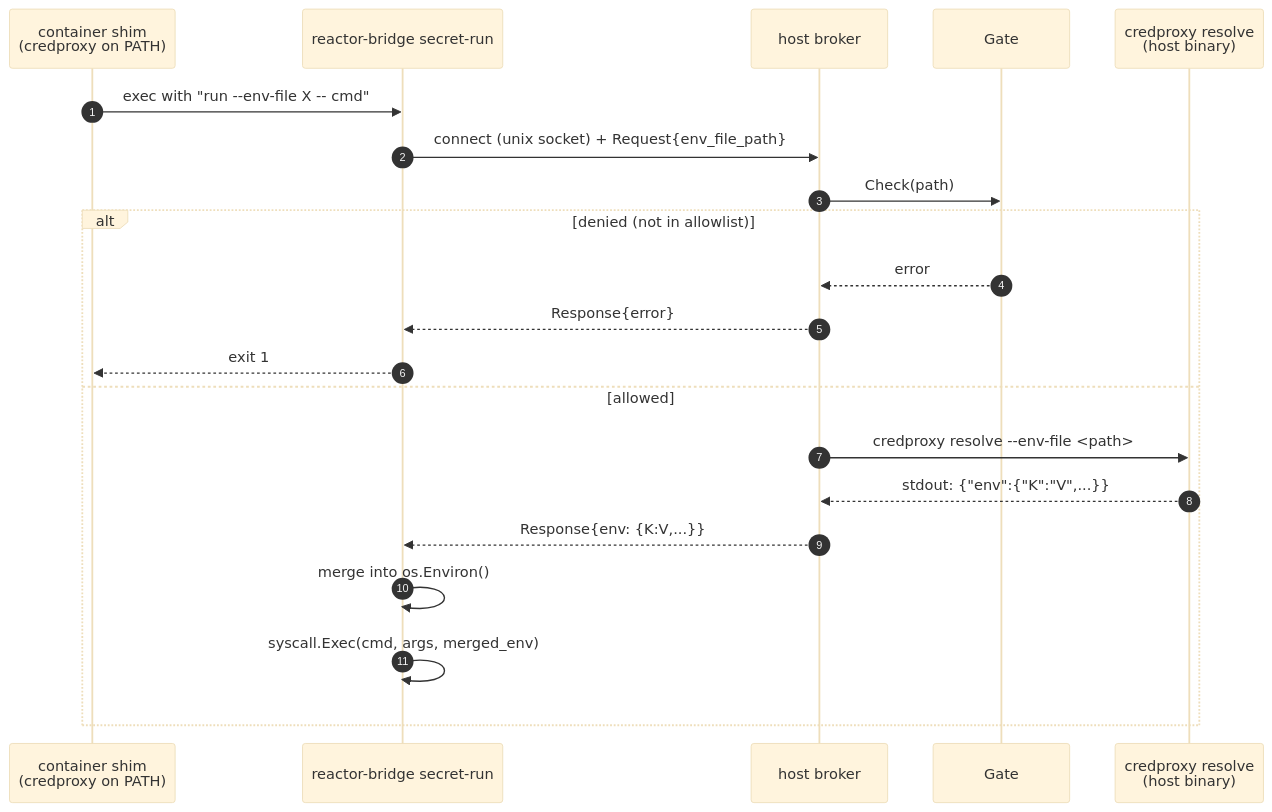
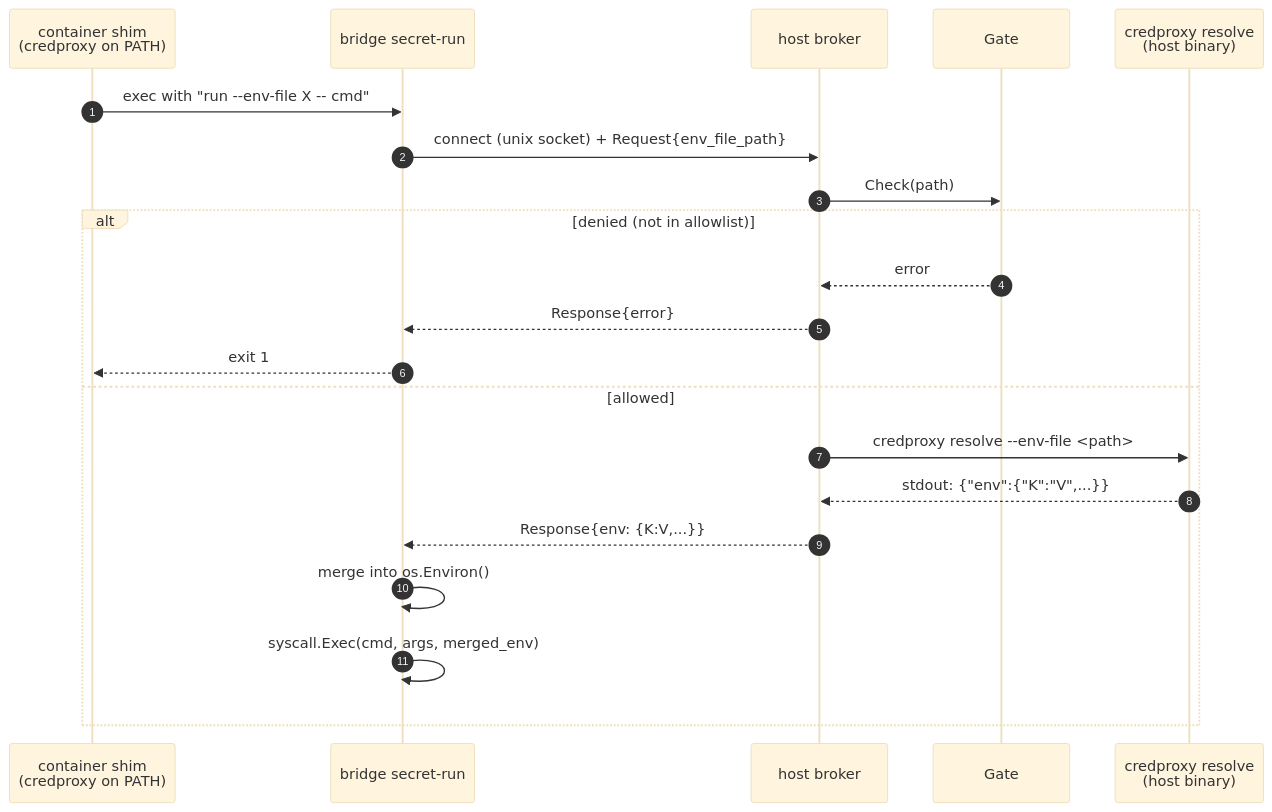
The fourth of 4 diagrams in docs/component/component-20260624-platform-brokers.md (takezoh/agent-grid), drawn with Mermaid (base theme) before and after one commit. The commit also changed other lines of this file and 427 other files, not shown here.

Commit message:
chore: rename reactor bridge naming to bridge

````diff
--- a/docs/component/component-20260624-platform-brokers.md
+++ b/docs/component/component-20260624-platform-brokers.md
@@ -169,24 +169,24 @@
 ```mermaid
 sequenceDiagram
     autonumber
     participant SH as container shim<br/>(credproxy on PATH)
-    participant RB as reactor-bridge secret-run
+    participant RB as bridge secret-run
     participant BR as host broker
     participant GE as Gate
     participant CP as credproxy resolve<br/>(host binary)
 
     SH->>RB: exec with "run --env-file X -- cmd"
     RB->>BR: connect (unix socket) + Request{env_file_path}
     BR->>GE: Check(path)
     alt denied (not in allowlist)
         GE-->>BR: error
         BR-->>RB: Response{error}
         RB-->>SH: exit 1
     else allowed
         BR->>CP: credproxy resolve --env-file <path>
         CP-->>BR: stdout: {"env":{"K":"V",...}}
         BR-->>RB: Response{env: {K:V,...}}
         RB->>RB: merge into os.Environ()
         RB->>RB: syscall.Exec(cmd, args, merged_env)
     end
 ```
````
